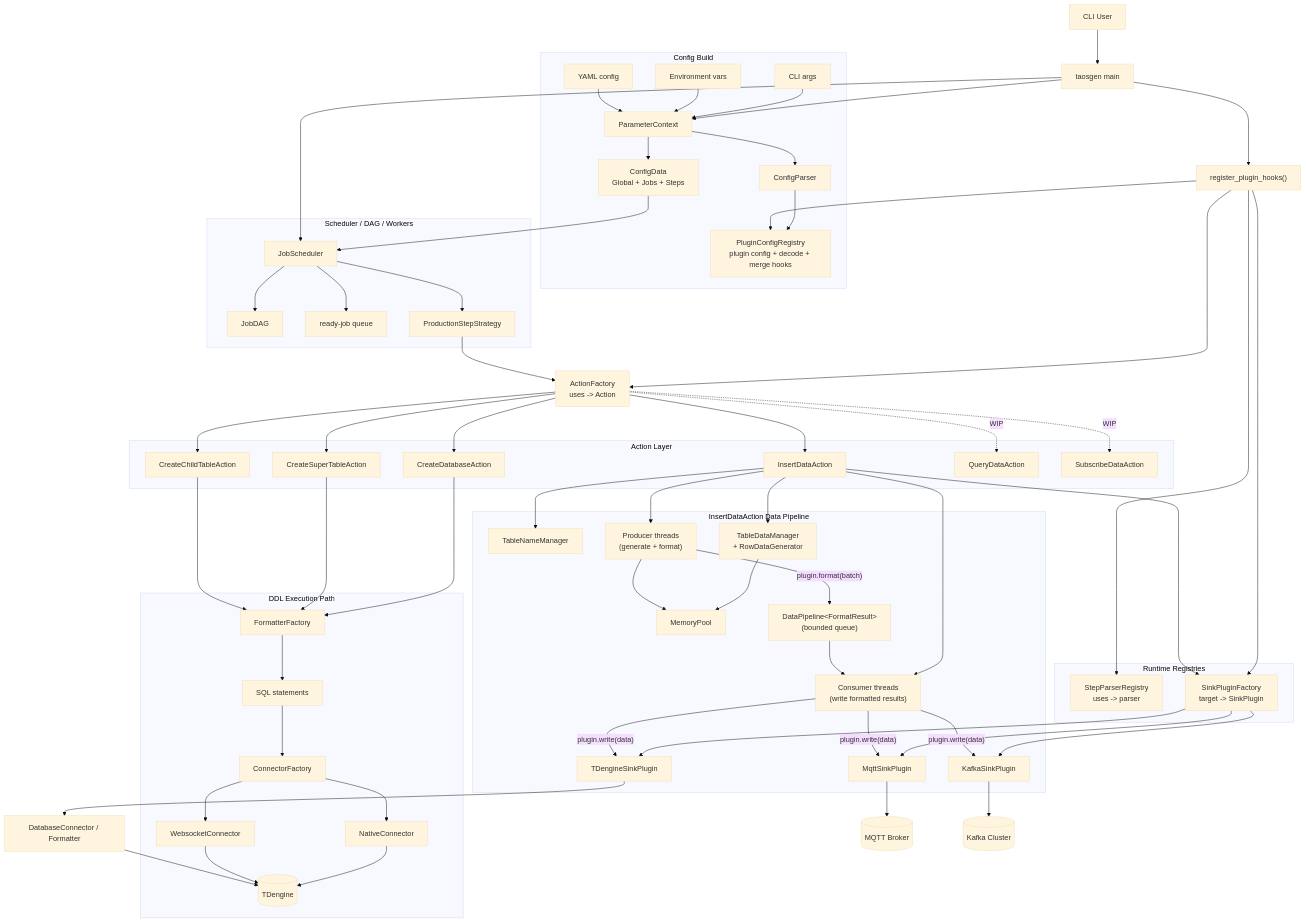
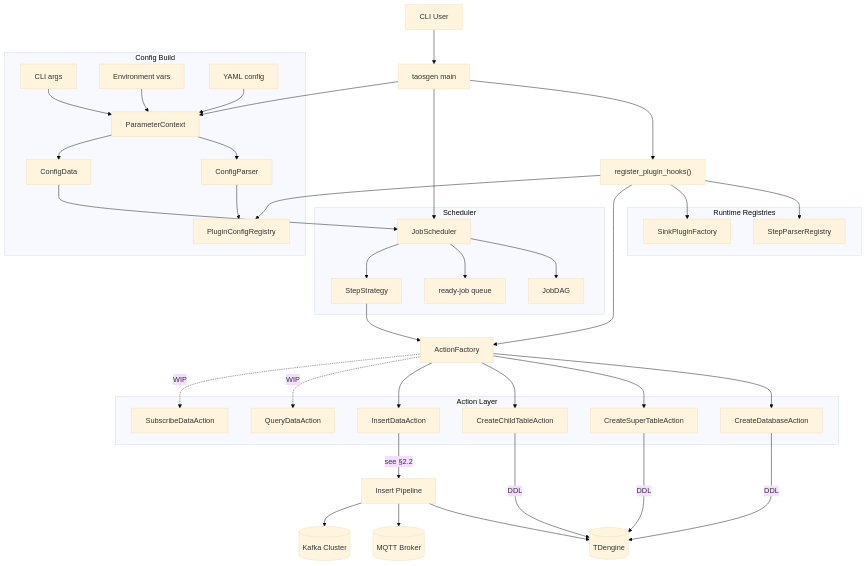
One commit to taosdata/taosgen changed the first of 3 diagrams in README-CN.md. Above: the diagram before and after it, drawn with Mermaid (base theme). The commit also changed other lines of this file and 1 other file, not shown here.

Commit message:
docs: architecture diagram has been divided into two rows: Overview and Insert Pipeline

````diff
--- a/README-CN.md
+++ b/README-CN.md
@@ -54,46 +55,40 @@
 ```mermaid
 flowchart TB
-  %% ========== Entry ==========
   U["CLI User"] --> M["taosgen main"]
   M --> PC["ParameterContext"]
   M --> RH["register_plugin_hooks()"]
   M --> JS["JobScheduler"]
 
-  %% ========== Config (left branch) ==========
   subgraph CFG["Config Build"]
     CLI["CLI args"] --> PC
     ENV["Environment vars"] --> PC
     YAML["YAML config"] --> PC
     PC --> CP["ConfigParser"]
     CP --> PCR
-    PC --> CD["ConfigData<br/>Global + Jobs + Steps"]
+    PC --> CD["ConfigData"]
   end
 
-  %% ========== Registries ==========
   subgraph REG["Runtime Registries"]
-    PCR["PluginConfigRegistry<br/>plugin config + decode + merge hooks"]
-    SPR["StepParserRegistry<br/>uses -> parser"]
-    SPF["SinkPluginFactory<br/>target -> SinkPlugin"]
+    PCR["PluginConfigRegistry"]
+    SPR["StepParserRegistry"]
+    SPF["SinkPluginFactory"]
   end
 
   RH --> PCR
   RH --> SPR
   RH --> SPF
 
-  %% ========== Scheduling ==========
   CD --> JS
 
-  subgraph SCH["Scheduler / DAG / Workers"]
+  subgraph SCH["Scheduler"]
     JS --> DAG["JobDAG"]
     JS --> RQ["ready-job queue"]
-    JS --> SS["ProductionStepStrategy"]
+    JS --> SS["StepStrategy"]
   end
 
-  %% ========== Action dispatch (bridge) ==========
-  RH --> AFR["ActionFactory<br/>uses -> Action"]
+  RH --> AFR["ActionFactory"]
   SS --> AFR
 
-  %% ========== Action Layer ==========
   subgraph ACT["Action Layer"]
     A1["CreateDatabaseAction"]
     A2["CreateSuperTableAction"]
@@ -103,59 +98,12 @@
     A6["SubscribeDataAction"]
   end
 
-  AFR --> A1
-  AFR --> A2
-  AFR --> A3
-  AFR --> A4
-  AFR -. WIP .-> A5
-  AFR -. WIP .-> A6
+  AFR --> A1 & A2 & A3 & A4
+  AFR -. WIP .-> A5 & A6
 
-  %% ========== DDL Path (left execution branch) ==========
-  subgraph DDL["DDL Execution Path"]
-    FF["FormatterFactory"]
-    SQL["SQL statements"]
-    CF["ConnectorFactory"]
-    NC["NativeConnector"]
-    WC["WebsocketConnector"]
-    TD[("TDengine")]
-  end
-
-  A1 --> FF
-  A2 --> FF
-  A3 --> FF
-  FF --> SQL
-  SQL --> CF
-  CF --> NC
-  CF --> WC
-  NC --> TD
-  WC --> TD
-
-  %% ========== Insert Pipeline (right execution branch) ==========
-  subgraph INS["InsertDataAction Data Pipeline"]
-    A4 --> SPF
-    SPF --> TDSP["TDengineSinkPlugin"]
-    SPF --> MQSP["MqttSinkPlugin"]
-    SPF --> KFSP["KafkaSinkPlugin"]
-
-    A4 --> TN["TableNameManager"]
-    A4 --> TM["TableDataManager<br/>+ RowDataGenerator"]
-    TM --> MP["MemoryPool"]
-
-    A4 --> P["Producer threads<br/>(generate + format)"]
-    P --> MP
-    P -->|"plugin.format(batch)"| DP["DataPipeline&lt;FormatResult&gt;<br/>(bounded queue)"]
-
-    A4 --> C["Consumer threads<br/>(write formatted results)"]
-    DP --> C
-    C -->|"plugin.write(data)"| TDSP
-    C -->|"plugin.write(data)"| MQSP
-    C -->|"plugin.write(data)"| KFSP
-  end
-
-  %% ========== Sink Targets ==========
-  TDSP --> TDCF["DatabaseConnector / Formatter"]
-  TDCF --> TD
-
-  MQSP --> MQ[("MQTT Broker")]
-  KFSP --> KF[("Kafka Cluster")]
+  A1 & A2 & A3 -->|DDL| TD[("TDengine")]
+  A4 -->|"see §2.2"| INS["Insert Pipeline"]
+  INS --> TD
+  INS --> MQ[("MQTT Broker")]
+  INS --> KF[("Kafka Cluster")]
 ```
````
